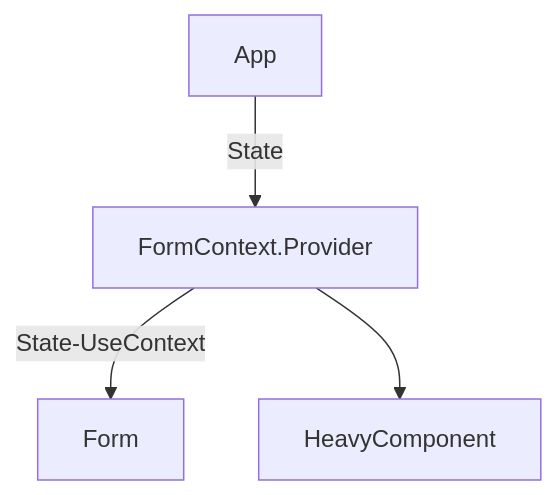
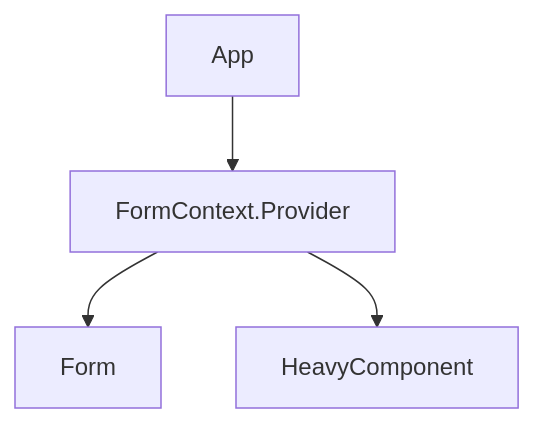
One commit to talmosko/slides-ReactNext2024 changed the third of 8 diagrams in slides.md. Above: the diagram before and after it, drawn with Mermaid. The commit also changed other lines of this file, not shown here.

````diff
--- a/slides.md
+++ b/slides.md
@@ -420,6 +413,6 @@
 ```mermaid {theme: 'dark', scale: 1.2}
 graph
-App --> |State|P[FormContext.Provider]
-P --> |State-UseContext|Form
+App --> P[FormContext.Provider]
+P --> Form
 P -->C[HeavyComponent]
 ```
````
